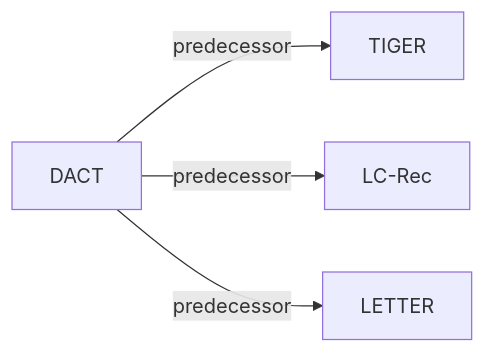
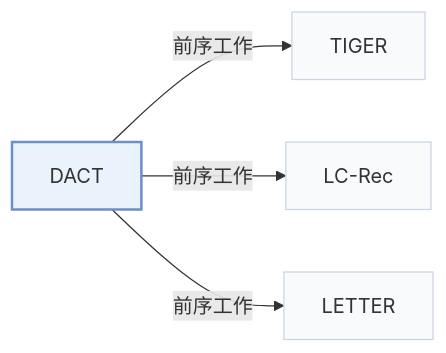
The second of 2 diagrams in pages/zh/papers/dact.md (Galaxy-ghost/Awesome-SID-Generative-Rec), drawn with Mermaid before and after one commit. The commit also changed other lines of this file and 649 other files, not shown here.

Commit message:
writer-05: also tags and modality index (schema, check, build, visuals); summary field removed; calibration data for 12 papers

````diff
--- a/pages/zh/papers/dact.md
+++ b/pages/zh/papers/dact.md
@@ -68,7 +73,11 @@
 ```mermaid
 flowchart LR
     P["DACT"]
-    P -->|predecessor| A["TIGER"]
-    P -->|predecessor| B["LC-Rec"]
-    P -->|predecessor| C["LETTER"]
+    P -->|"前序工作"| A["TIGER"]
+    P -->|"前序工作"| B["LC-Rec"]
+    P -->|"前序工作"| C["LETTER"]
+    classDef main fill:#eaf2fb,stroke:#6b8fc7,stroke-width:2px
+    classDef peer fill:#f8fafc,stroke:#cbd5e1
+    class P main
+    class A,B,C peer
 ```
````
